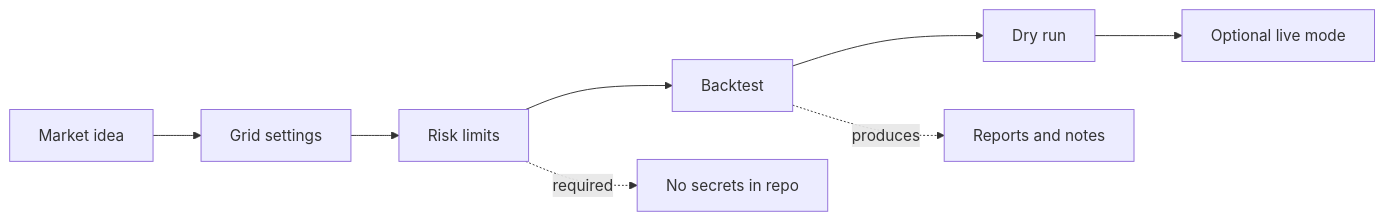
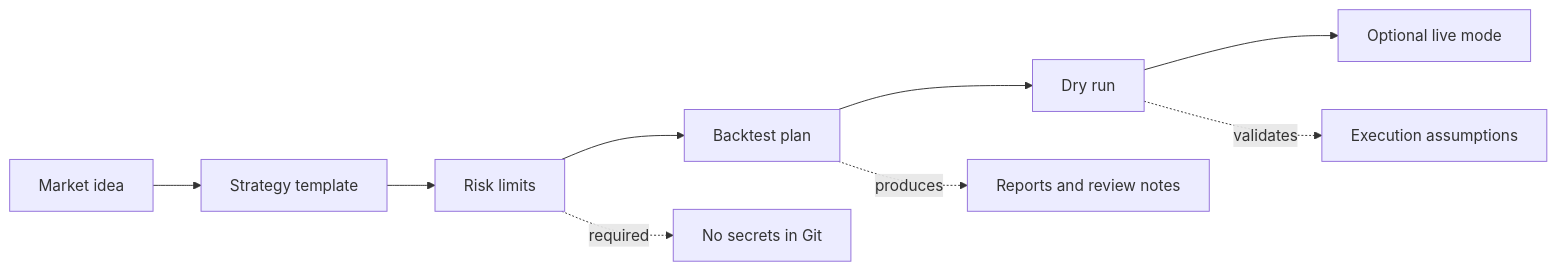
The diagram in README.md (RomGPT/GridBot), drawn with Mermaid before and after one commit. The commit also changed other lines of this file, not shown here.

Commit message:
Polish AFree GridBot README

````diff
--- a/README.md
+++ b/README.md
@@ -27,11 +50,12 @@
 ```mermaid
 flowchart LR
-    A[Market idea] --> B[Grid settings]
+    A[Market idea] --> B[Strategy template]
     B --> C[Risk limits]
-    C --> D[Backtest]
+    C --> D[Backtest plan]
     D --> E[Dry run]
     E --> F[Optional live mode]
 
-    C -. required .-> G[No secrets in repo]
-    D -. produces .-> H[Reports and notes]
+    C -. required .-> G[No secrets in Git]
+    D -. produces .-> H[Reports and review notes]
+    E -. validates .-> I[Execution assumptions]
 ```
````
